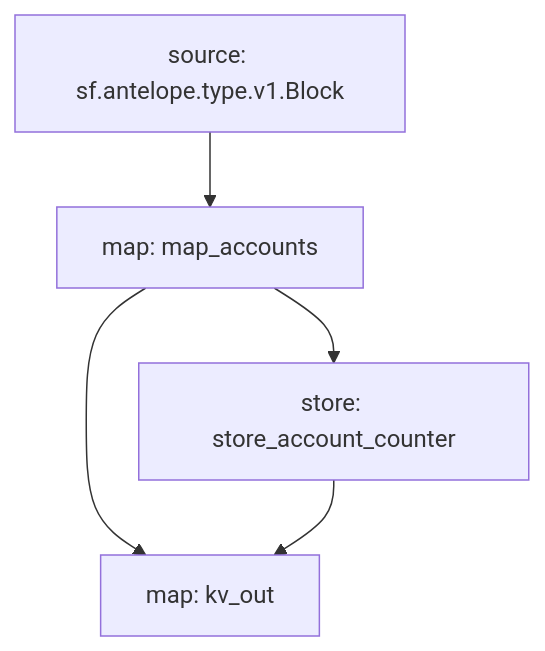
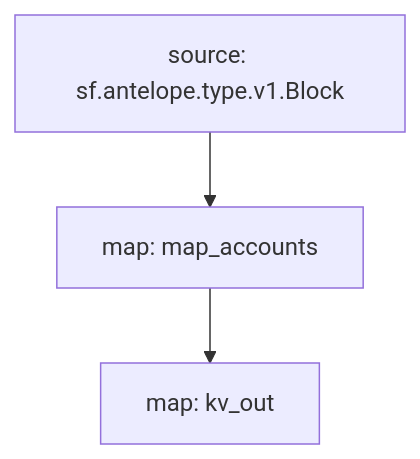
Before and after one commit to pinax-network/substreams: the diagram in accounts/README.md, drawn with Mermaid. The commit also changed other lines of this file and 9 other files, not shown here.

````diff
--- a/accounts/README.md
+++ b/accounts/README.md
@@ -25,10 +25,7 @@
 ```mermaid
 graph TD;
   map_accounts[map: map_accounts]
   sf.antelope.type.v1.Block[source: sf.antelope.type.v1.Block] --> map_accounts
-  store_account_counter[store: store_account_counter]
-  map_accounts --> store_account_counter
   kv_out[map: kv_out]
   map_accounts --> kv_out
-  store_account_counter --> kv_out
 ```
````
